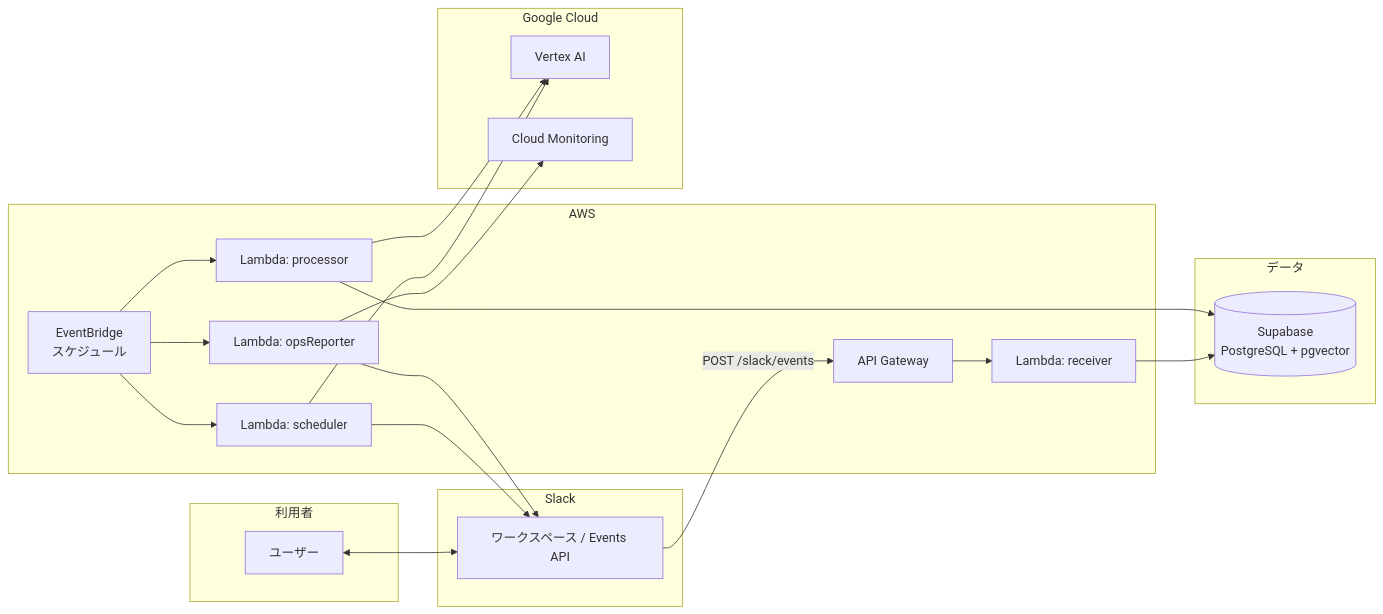
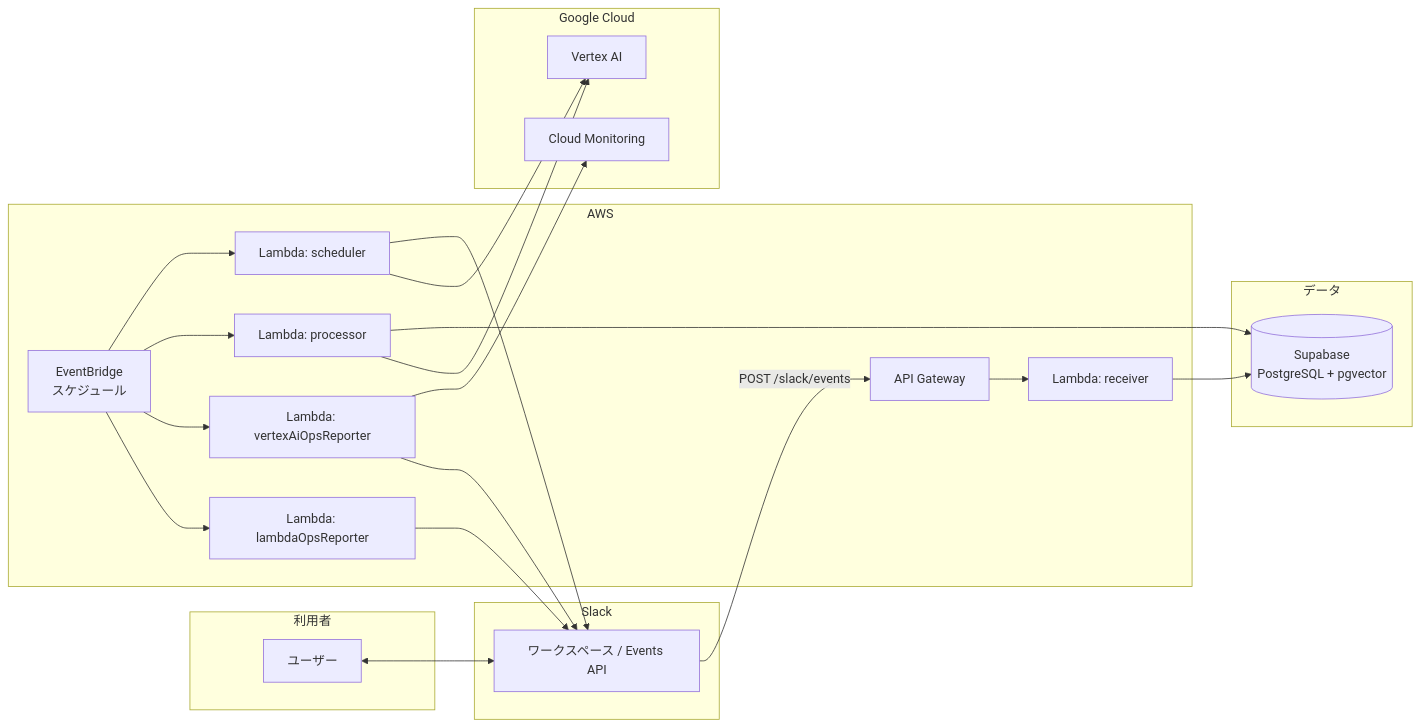
Before and after one commit to YoshimuraKoei/koei-clone: the first of 11 diagrams in ARCHITECTURE.md, drawn with Mermaid. The commit also changed other lines of this file and 9 other files, not shown here.

````diff
--- a/ARCHITECTURE.md
+++ b/ARCHITECTURE.md
@@ -7,41 +7,44 @@
 ```mermaid
 flowchart LR
   subgraph users["利用者"]
     U[ユーザー]
   end
 
   subgraph slack["Slack"]
     S[ワークスペース / Events API]
   end
 
   subgraph aws["AWS"]
     APIGW[API Gateway]
     EB[EventBridge<br/>スケジュール]
     R[Lambda: receiver]
     SCH[Lambda: scheduler]
     PRO[Lambda: processor]
-    OPR[Lambda: opsReporter]
+    OPR[Lambda: vertexAiOpsReporter]
+    LOPR[Lambda: lambdaOpsReporter]
   end
 
   subgraph google["Google Cloud"]
     V[Vertex AI]
     M[Cloud Monitoring]
   end
 
   subgraph data["データ"]
     SB[(Supabase<br/>PostgreSQL + pgvector)]
   end
 
   U <--> S
   S -->|POST /slack/events| APIGW --> R
   EB --> SCH
   EB --> PRO
   EB --> OPR
+  EB --> LOPR
   R --> SB
   SCH --> S
   SCH --> V
   PRO --> SB
   PRO --> V
   OPR --> M
   OPR --> S
+  LOPR --> S
 ```
````
